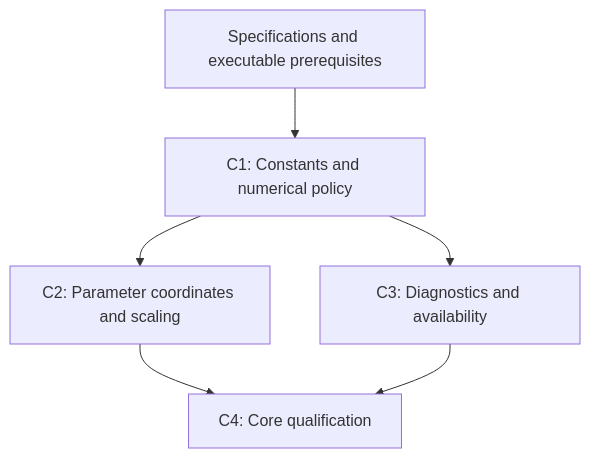
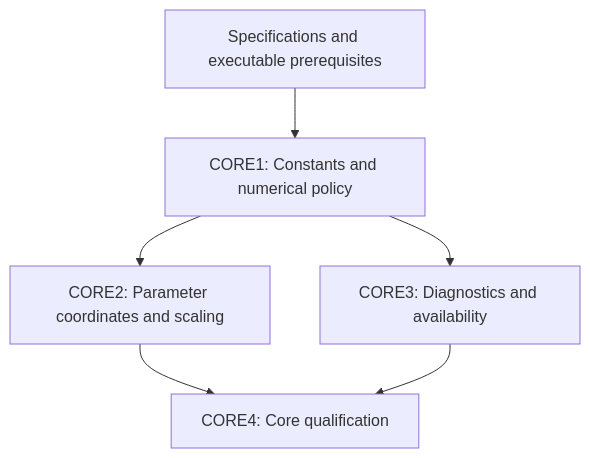
One commit to tannerpolley/epcsaft changed the second of 9 diagrams in docs/scientific/implementation-plan.md. Above: the diagram before and after it, drawn with Mermaid. The commit also changed other lines of this file and 9 other files, not shown here.

````diff
--- a/docs/scientific/implementation-plan.md
+++ b/docs/scientific/implementation-plan.md
@@ -252,13 +254,13 @@
 ```mermaid
 flowchart TD
   start["Specifications and executable prerequisites"]
-  C1["C1: Constants and numerical policy"]
-  start --> C1
-  C2["C2: Parameter coordinates and scaling"]
-  C1 --> C2
-  C3["C3: Diagnostics and availability"]
-  C1 --> C3
-  C4["C4: Core qualification"]
-  C2 --> C4
-  C3 --> C4
+  CORE1["CORE1: Constants and numerical policy"]
+  start --> CORE1
+  CORE2["CORE2: Parameter coordinates and scaling"]
+  CORE1 --> CORE2
+  CORE3["CORE3: Diagnostics and availability"]
+  CORE1 --> CORE3
+  CORE4["CORE4: Core qualification"]
+  CORE2 --> CORE4
+  CORE3 --> CORE4
 ```
````
